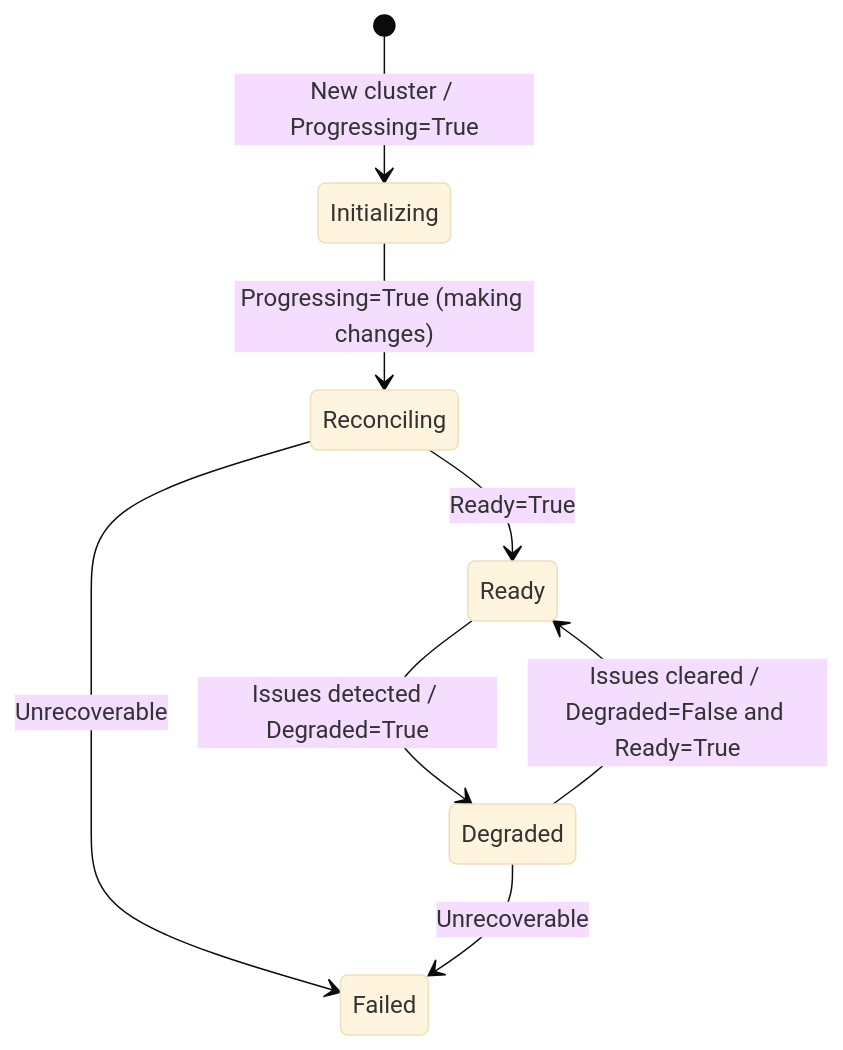
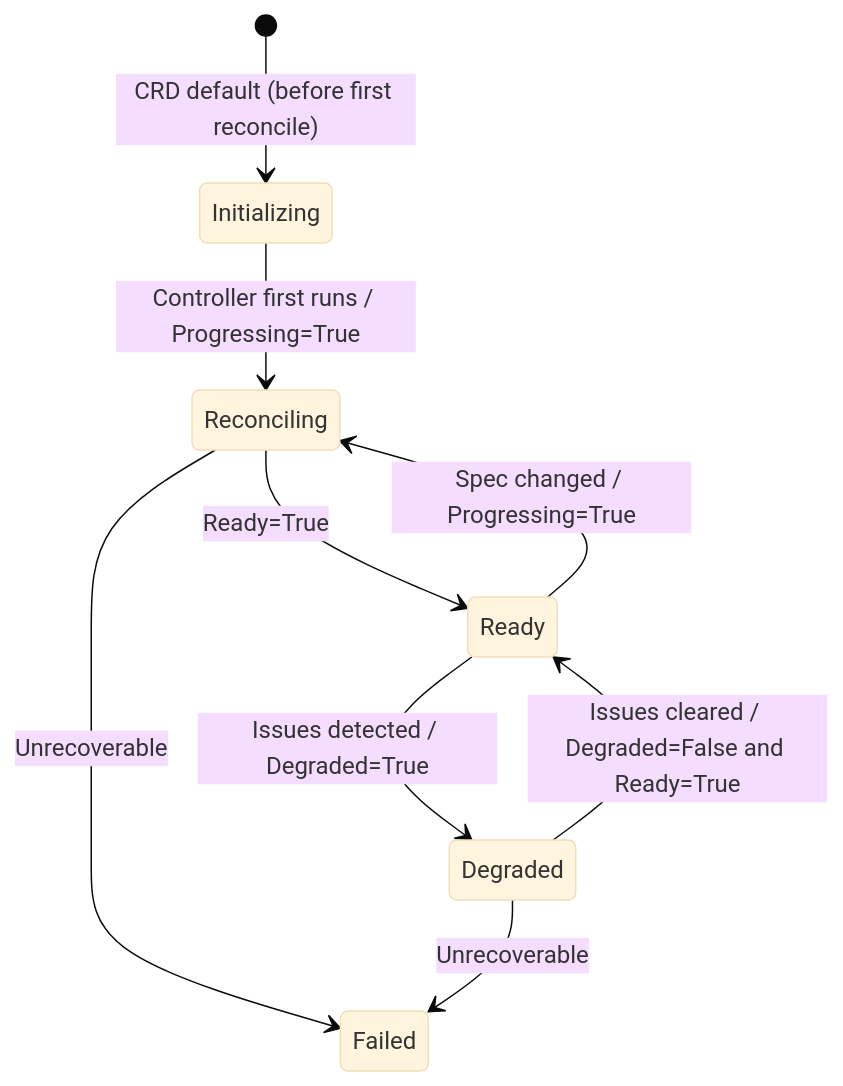
The diagram in docs/status-conditions.md (valkey-io/valkey-operator), drawn with Mermaid (base theme) before and after one commit. The commit also changed other lines of this file and 15 other files, not shown here.

````diff
--- a/docs/status-conditions.md
+++ b/docs/status-conditions.md
@@ -135,10 +137,11 @@
 ```mermaid
 stateDiagram-v2
-  [*] --> Initializing: New cluster / Progressing=True
-  Initializing --> Reconciling: Progressing=True (making changes)
+  [*] --> Initializing: CRD default (before first reconcile)
+  Initializing --> Reconciling: Controller first runs / Progressing=True
   Reconciling --> Ready: Ready=True
+  Ready --> Reconciling: Spec changed / Progressing=True
   Ready --> Degraded: Issues detected / Degraded=True
   Degraded --> Ready: Issues cleared / Degraded=False and Ready=True
   Reconciling --> Failed: Unrecoverable
   Degraded --> Failed: Unrecoverable
 ```
````
